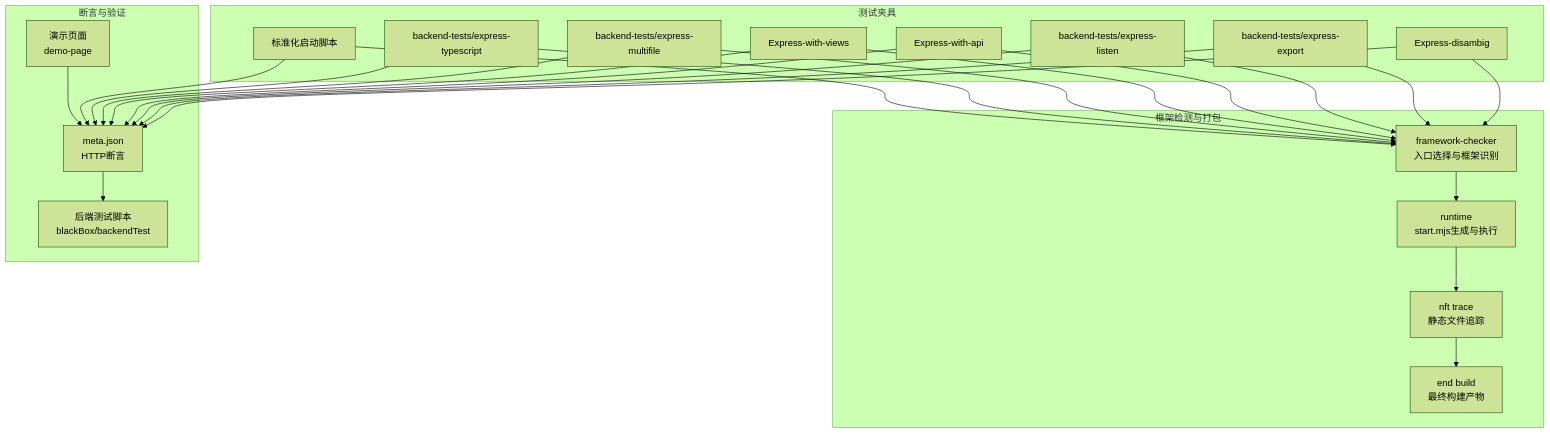
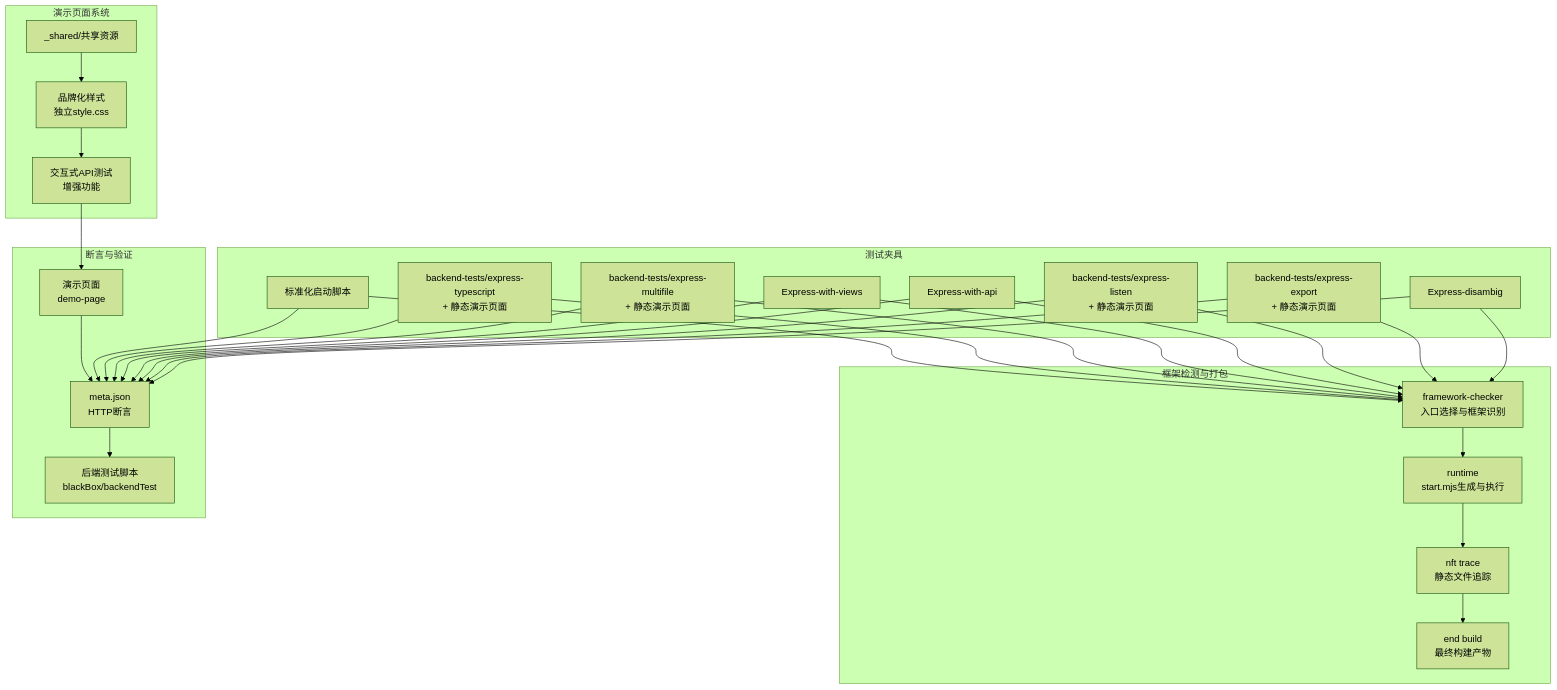
One commit to esa-sp/test-for-aone-ci changed the second of 12 diagrams in .qoder/repowiki/zh/content/后端框架测试/Express框架测试.md. Above: the diagram before and after it, drawn with Mermaid (forest theme). The commit also changed other lines of this file and 39 other files, not shown here.

Commit message:
feat: add css animations to backend-tests fixture pages

````diff
--- a/.qoder/repowiki/zh/content/后端框架测试/Express框架测试.md
+++ b/.qoder/repowiki/zh/content/后端框架测试/Express框架测试.md
@@ -142,45 +181,53 @@
 ```mermaid
 graph TB
 subgraph "框架检测与打包"
 FC["framework-checker<br/>入口选择与框架识别"]
 RTM["runtime<br/>start.mjs生成与执行"]
 NFT["nft trace<br/>静态文件追踪"]
 END["end build<br/>最终构建产物"]
 end
 subgraph "测试夹具"
 F1["Express-disambig"]
-F2["backend-tests/express-export"]
-F3["backend-tests/express-listen"]
+F2["backend-tests/express-export<br/>+ 静态演示页面"]
+F3["backend-tests/express-listen<br/>+ 静态演示页面"]
 F4["Express-with-api"]
 F5["Express-with-views"]
-F6["backend-tests/express-multifile"]
-F7["backend-tests/express-typescript"]
+F6["backend-tests/express-multifile<br/>+ 静态演示页面"]
+F7["backend-tests/express-typescript<br/>+ 静态演示页面"]
 F8["标准化启动脚本"]
+end
+subgraph "演示页面系统"
+SHARED["_shared/共享资源"]
+BRANDING["品牌化样式<br/>独立style.css"]
+INTERACTIVE["交互式API测试<br/>增强功能"]
 end
 subgraph "断言与验证"
 META["meta.json<br/>HTTP断言"]
 BT["后端测试脚本<br/>blackBox/backendTest"]
 DP["演示页面<br/>demo-page"]
 end
 F1 --> FC
 F2 --> FC
 F3 --> FC
 F4 --> FC
 F5 --> FC
 F6 --> FC
 F7 --> FC
 F8 --> FC
 FC --> RTM
 RTM --> NFT
 NFT --> END
 F1 --> META
 F2 --> META
 F3 --> META
 F4 --> META
 F5 --> META
 F6 --> META
 F7 --> META
 F8 --> META
 META --> BT
 DP --> META
+SHARED --> BRANDING
+BRANDING --> INTERACTIVE
+INTERACTIVE --> DP
 ```
````
